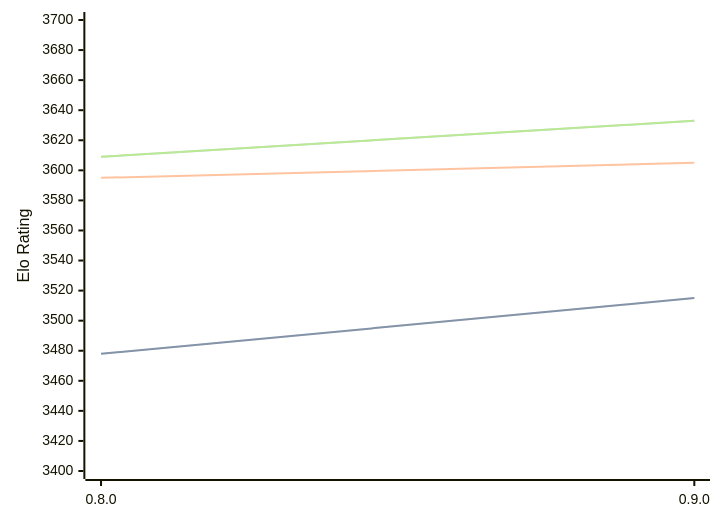
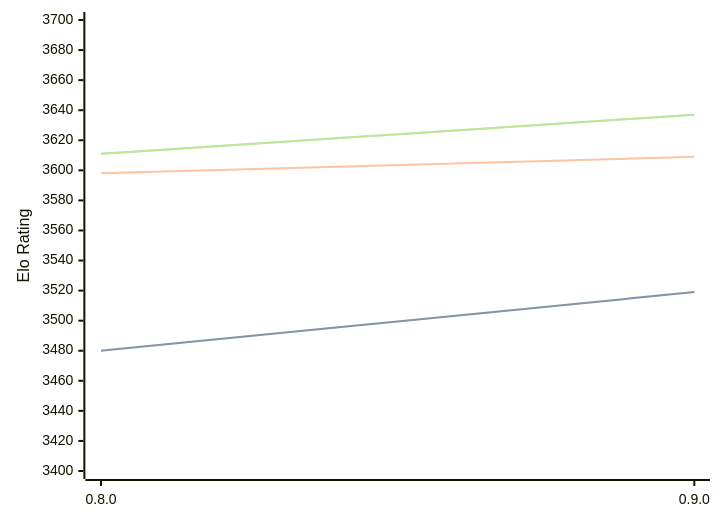
One commit to computer-chess-index/cci changed the diagram in engines/Reckless.md. Above: the diagram before and after it, drawn with Mermaid. The commit also changed other lines of this file, not shown here.

Commit message:
Update CCI Ratings (ELO VLTC) - 2026-04-30

````diff
--- a/engines/Reckless.md
+++ b/engines/Reckless.md
@@ -39,11 +39,11 @@
 ```mermaid
 %%{init: {"theme":"base","themeVariables":{"seriesColors:['#a3a3a3','#222221','#faa371']}}}%%
 xychart-beta
   x-axis ["0.8.0", "0.9.0"]
   y-axis "Elo Rating" 3400 --> 3700
-  line "STC (8.0+0.08s)" [3478, 3515]
-  line "STC (8.0+0.08s)" [3478, 3515]
-  line "LTC (60.0+0.60s)" [3595, 3605]
-  line "VLTC (2m24s+1.12s)" [3609, 3633]
-  line "VLTC (2m24s+1.12s)" [3609, 3633]
+  line "STC (8.0+0.08s)" [3480, 3519]
+  line "STC (8.0+0.08s)" [3480, 3519]
+  line "LTC (60.0+0.60s)" [3598, 3609]
+  line "VLTC (2m24s+1.12s)" [3611, 3637]
+  line "VLTC (2m24s+1.12s)" [3611, 3637]
 ```
````
